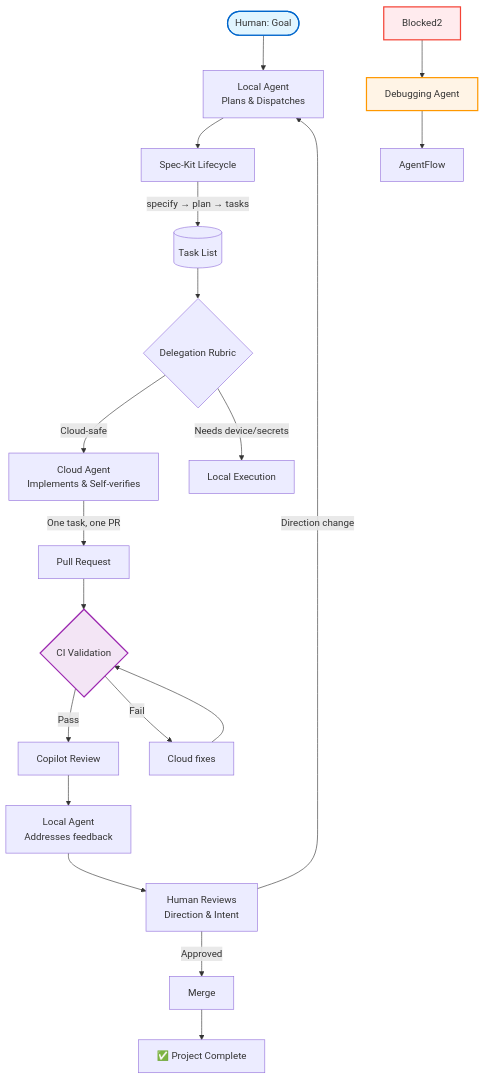
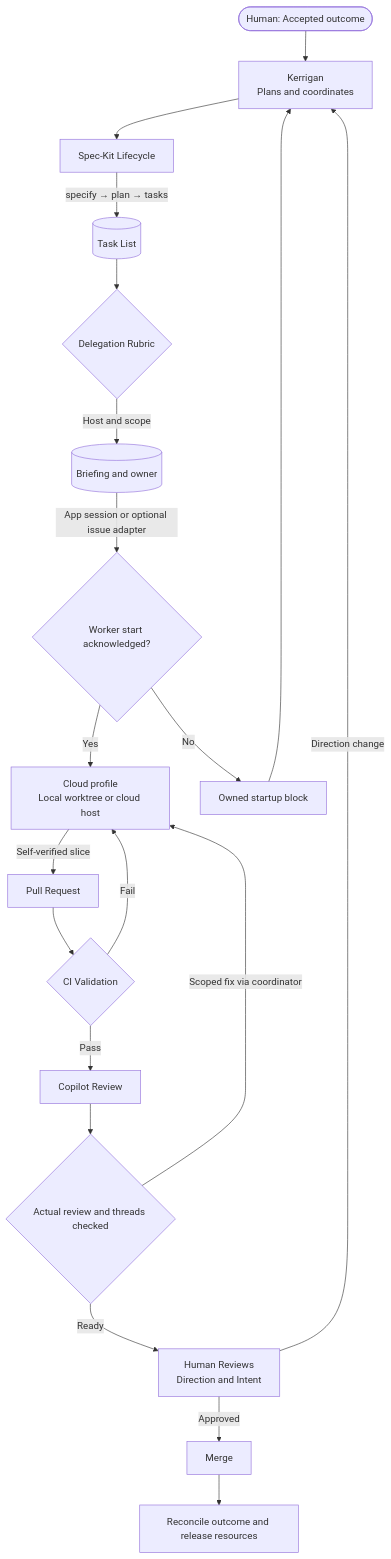
One commit to Kixantrix/kerrigan changed the diagram in docs/architecture/architecture.md. Above: the diagram before and after it, drawn with Mermaid. The commit also changed other lines of this file and 9 other files, not shown here.

First line of the commit message:
docs: reconcile active dispatch paths and delivery evidence

````diff
--- a/docs/architecture/architecture.md
+++ b/docs/architecture/architecture.md
@@ -11,47 +13,22 @@
 ```mermaid
 flowchart TD
-    %% Human Inputs
-    Human([Human: Goal]) --> Local[Local Agent<br/>Plans & Dispatches]
-    
-    %% Planning
-    Local --> SpecKit[Spec-Kit Lifecycle]
+    Human([Human: Accepted outcome]) --> Coordinator[Kerrigan<br/>Plans and coordinates]
+    Coordinator --> SpecKit[Spec-Kit Lifecycle]
     SpecKit -->|specify → plan → tasks| Tasks[(Task List)]
-    
-    %% Dispatch
     Tasks --> Routing{Delegation Rubric}
-    Routing -->|Cloud-safe| Cloud[Cloud Agent<br/>Implements & Self-verifies]
-    Routing -->|Needs device/secrets| LocalExec[Local Execution]
-    
-    %% Cloud Agent Work
-    Cloud -->|One task, one PR| PR[Pull Request]
-    
-    %% Verification Chain
+    Routing -->|Host and scope| Brief[(Briefing and owner)]
+    Brief -->|App session or optional issue adapter| Start{Worker start acknowledged?}
+    Start -->|Yes| Executor[Cloud profile<br/>Local worktree or cloud host]
+    Start -->|No| Block[Owned startup block]
+    Block --> Coordinator
+    Executor -->|Self-verified slice| PR[Pull Request]
     PR --> CI{CI Validation}
     CI -->|Pass| CopilotReview[Copilot Review]
-    CI -->|Fail| Fix[Cloud fixes]
-    Fix --> CI
-    
-    CopilotReview --> LocalReview[Local Agent<br/>Addresses feedback]
-    LocalReview --> HumanReview[Human Reviews<br/>Direction & Intent]
-    
+    CI -->|Fail| Executor
+    CopilotReview --> Review{Actual review and threads checked}
+    Review -->|Scoped fix via coordinator| Executor
+    Review -->|Ready| HumanReview[Human Reviews<br/>Direction and Intent]
     HumanReview -->|Approved| Merge[Merge]
-    HumanReview -->|Direction change| Local
-    
-    %% Feedback Loops
-    Merge --> Complete[✅ Project Complete]
-    Blocked2 --> Debug[Debugging Agent]
-    Debug --> AgentFlow
-    
-    %% Styling
-    classDef humanNode fill:#e1f5ff,stroke:#0066cc,stroke-width:2px
-    classDef agentNode fill:#fff4e6,stroke:#ff9800,stroke-width:2px
-    classDef controlNode fill:#f3e5f5,stroke:#9c27b0,stroke-width:2px
-    classDef artifactNode fill:#e8f5e9,stroke:#4caf50,stroke-width:2px
-    classDef gateNode fill:#ffebee,stroke:#f44336,stroke-width:2px
-    
-    class Human,Review humanNode
-    class Spec,Architect,Kerrigan,SWE,Testing,Deploy,Debug agentNode
-    class ControlPlane,StatusCheck,LabelCheck,CI,Gates controlNode
-    class Artifacts1,Artifacts2,Artifacts3,Artifacts4,Artifacts5,Artifacts6 artifactNode
-    class Blocked,Blocked2,Blocked3,Paused gateNode
+    HumanReview -->|Direction change| Coordinator
+    Merge --> Complete[Reconcile outcome and release resources]
 ```
````
